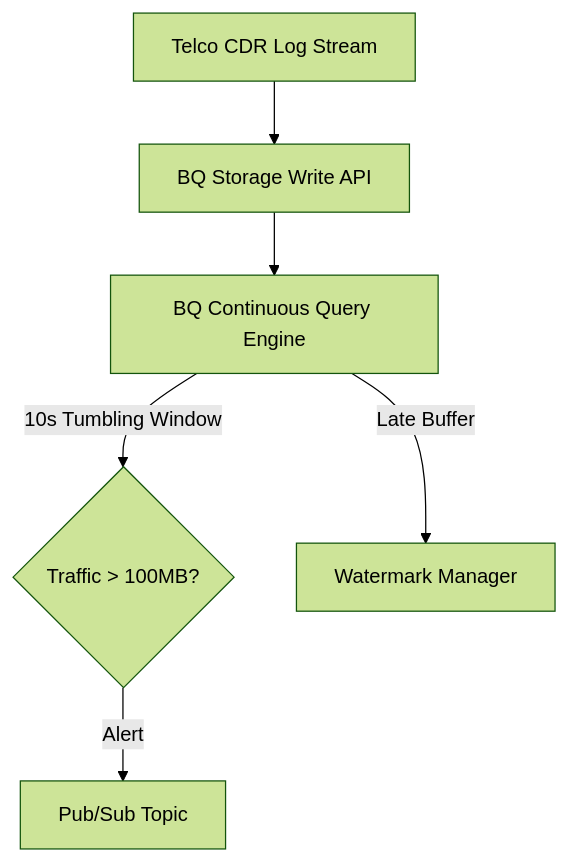
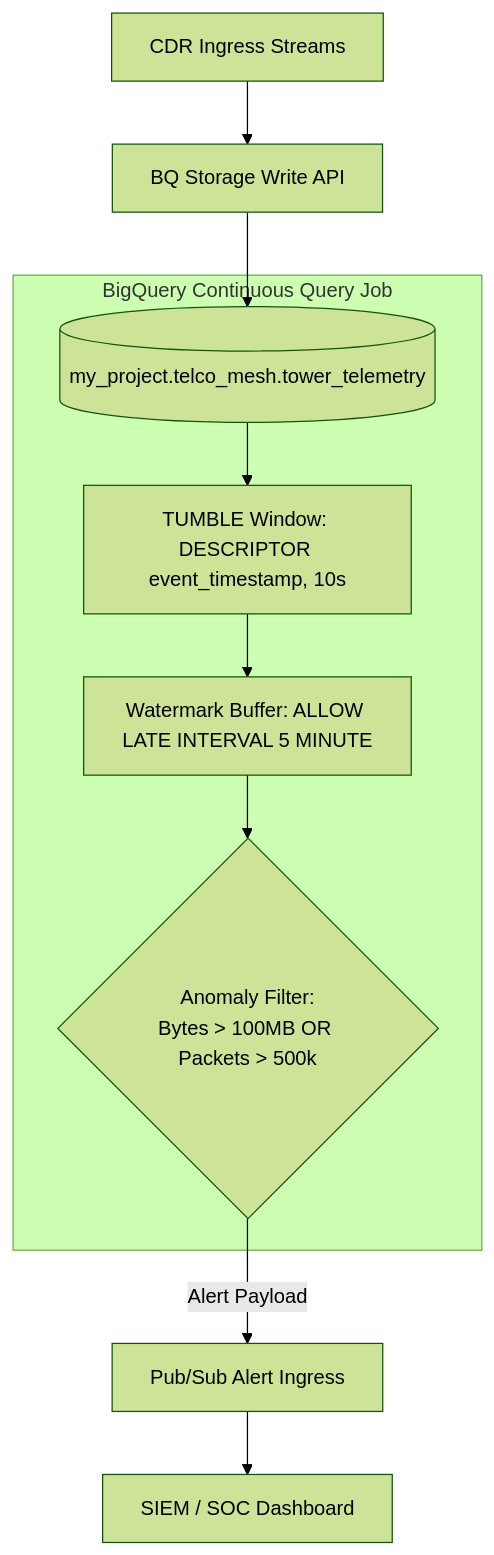
The diagram in track15_bq_continuous_security/README.md (abhiavi/google-sovereign-portfolio), drawn with Mermaid (forest theme) before and after one commit. The commit also changed other lines of this file and 15 other files, not shown here.

Commit message:
docs: sanitize markdown rendering, fix latex math environments, and expand track 15 architecture

````diff
--- a/track15_bq_continuous_security/README.md
+++ b/track15_bq_continuous_security/README.md
@@ -7,8 +40,14 @@
 ```mermaid
-graph TD
-    CDR[Telco CDR Log Stream] --> Ingress[BQ Storage Write API]
-    Ingress --> Engine[BQ Continuous Query Engine]
-    Engine -->|10s Tumbling Window| Filter{Traffic > 100MB?}
-    Engine -->|Late Buffer| Watermark[Watermark Manager]
-    Filter -->|Alert| PubSub[Pub/Sub Topic]
+flowchart TD
+    IngressLogs[CDR Ingress Streams] --> WriteAPI[BQ Storage Write API]
+    WriteAPI --> IngestTable[(my_project.telco_mesh.tower_telemetry)]
+    
+    subgraph BigQuery Continuous Query Job
+        IngestTable --> TumbleQuery[TUMBLE Window: DESCRIPTOR event_timestamp, 10s]
+        TumbleQuery --> WatermarkBuffer[Watermark Buffer: ALLOW LATE INTERVAL 5 MINUTE]
+        WatermarkBuffer --> AnomalyCheck{Anomaly Filter:<br/>Bytes > 100MB OR Packets > 500k}
+    end
+
+    AnomalyCheck -->|Alert Payload| PubSub[Pub/Sub Alert Ingress]
+    PubSub --> SOC[SIEM / SOC Dashboard]
 ```
````
